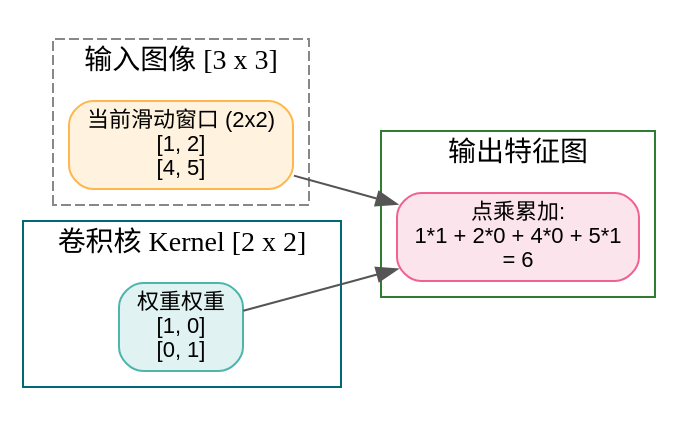
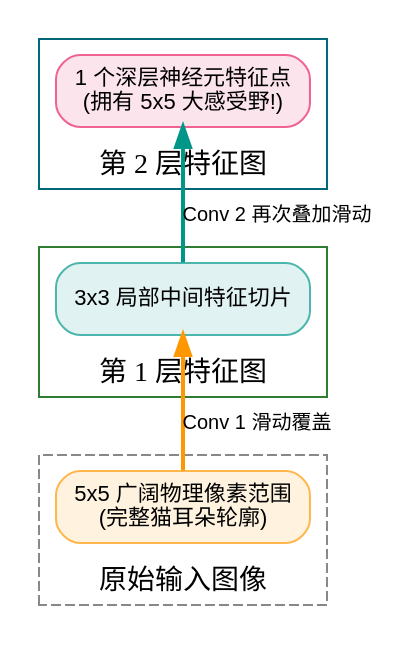
One commit to hqu-little-boy/blog changed the second of 3 diagrams in src/content/posts/dl-operators-08-convolution-and-pooling-guide.md. Above: the diagram before and after it, drawn with Graphviz. The commit also changed other lines of this file and 11 other files, not shown here.

````diff
--- a/src/content/posts/dl-operators-08-convolution-and-pooling-guide.md
+++ b/src/content/posts/dl-operators-08-convolution-and-pooling-guide.md
@@ -53,28 +107,25 @@
 ```graphviz
-digraph Conv2DDemo {
-    rankdir=LR;
+digraph ReceptiveFieldDemo {
+    rankdir=BT;
     node [fontname="Helvetica,Arial,sans-serif", fontsize=11, shape=rect, style="rounded,filled", fillcolor="#f0f4f8", color="#b0c4de"];
     edge [fontname="Helvetica,Arial,sans-serif", fontsize=10, color="#555555"];
 
-    subgraph cluster_in {
-        label = "输入图像 [3 x 3]";
-        style = dashed; color = "#888888";
-        win [label="当前滑动窗口 (2x2)\n[1, 2]\n[4, 5]", fillcolor="#fff3e0", color="#ffb74d"];
+    subgraph cluster_l2 {
+        label = "第 2 层特征图"; style=solid; color="#006878";
+        p_l2 [label="1 个深层神经元特征点\n(拥有 5x5 大感受野!)", fillcolor="#fce4ec", color="#f06292"];
     }
 
-    subgraph cluster_kernel {
-        label = "卷积核 Kernel [2 x 2]";
-        style = solid; color = "#006878";
-        k [label="权重权重\n[1, 0]\n[0, 1]", fillcolor="#e0f2f1", color="#4db6ac"];
+    subgraph cluster_l1 {
+        label = "第 1 层特征图"; style=solid; color="#2e7d32";
+        p_l1 [label="3x3 局部中间特征切片", fillcolor="#e0f2f1", color="#4db6ac"];
     }
 
-    subgraph cluster_out {
-        label = "输出特征图";
-        style = solid; color = "#2e7d32";
-        out [label="点乘累加:\n1*1 + 2*0 + 4*0 + 5*1\n= 6", fillcolor="#fce4ec", color="#f06292"];
+    subgraph cluster_raw {
+        label = "原始输入图像"; style=dashed; color="#888888";
+        p_raw [label="5x5 广阔物理像素范围\n(完整猫耳朵轮廓)", fillcolor="#fff3e0", color="#ffb74d"];
     }
 
-    win -> out;
-    k -> out;
+    p_raw -> p_l1 [label="Conv 1 滑动覆盖", color="#ff9800", penwidth=2];
+    p_l1 -> p_l2 [label="Conv 2 再次叠加滑动", color="#009688", penwidth=2];
 }
 ```
````
